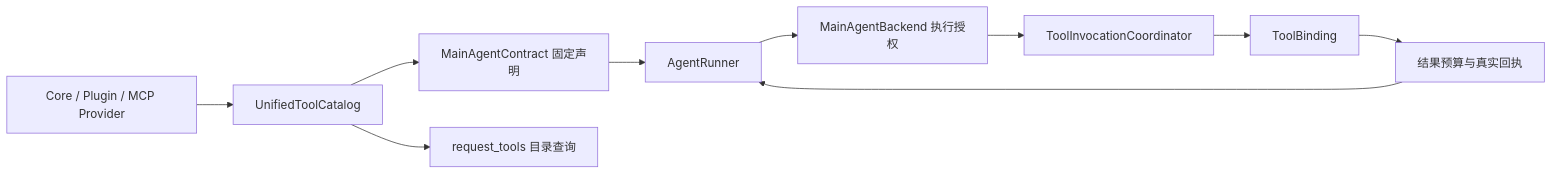
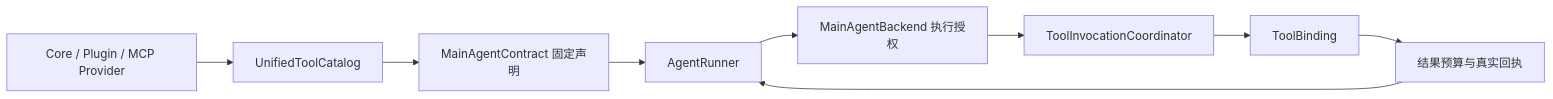
Before and after one commit to YuanYeYouTao/Yuki: the diagram in docs/architecture/tool-kernel.md, drawn with Mermaid. The commit also changed other lines of this file and 85 other files, not shown here.

````diff
--- a/docs/architecture/tool-kernel.md
+++ b/docs/architecture/tool-kernel.md
@@ -32,12 +30,11 @@
 ```mermaid
 flowchart LR
   P[Core / Plugin / MCP Provider] --> D[UnifiedToolCatalog]
   D --> F[MainAgentContract 固定声明]
   F --> A[AgentRunner]
-  D --> Q[request_tools 目录查询]
   A --> E[MainAgentBackend 执行授权]
   E --> I[ToolInvocationCoordinator]
   I --> B[ToolBinding]
   B --> R[结果预算与真实回执]
   R --> A
 ```
````
